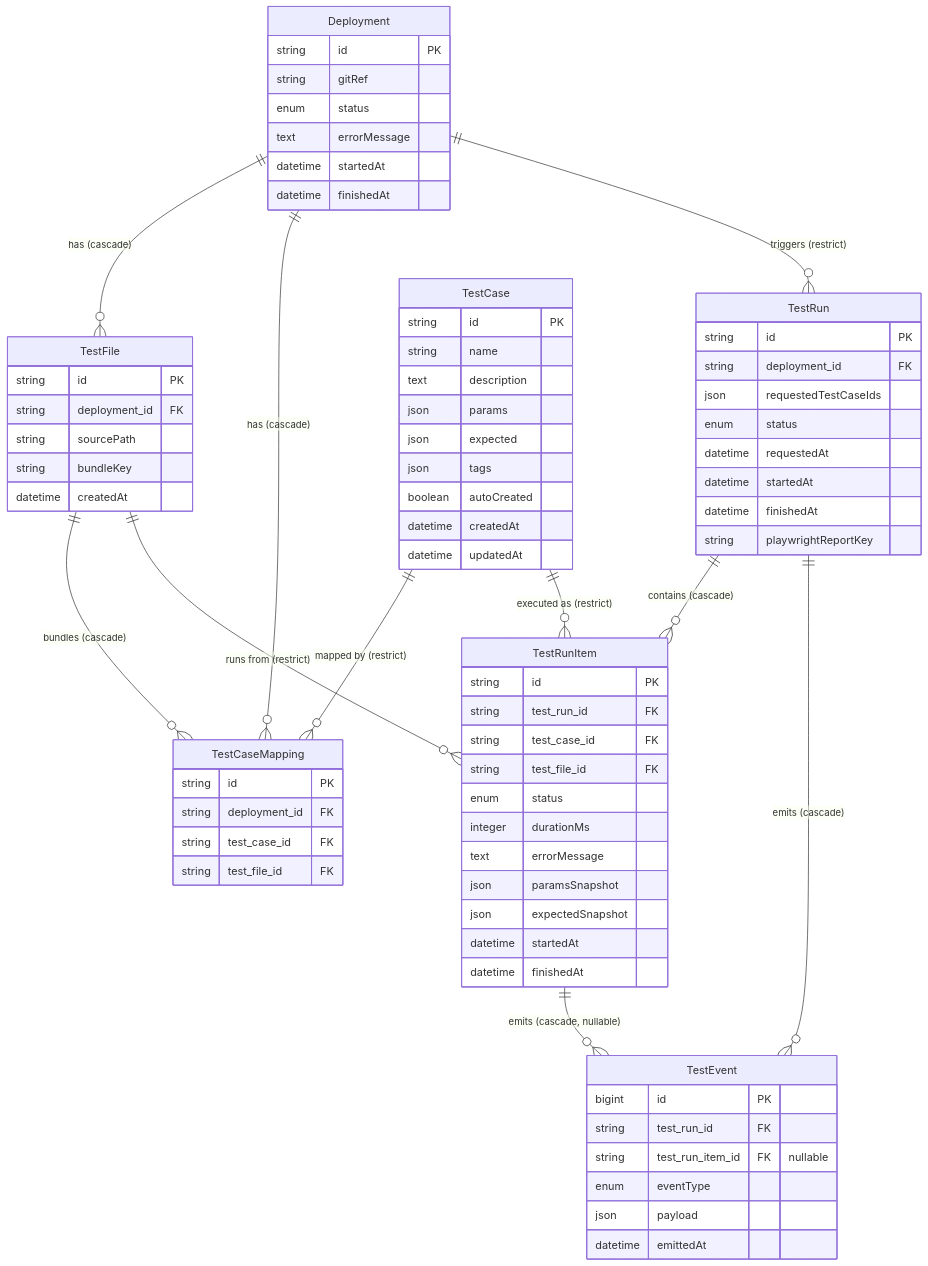
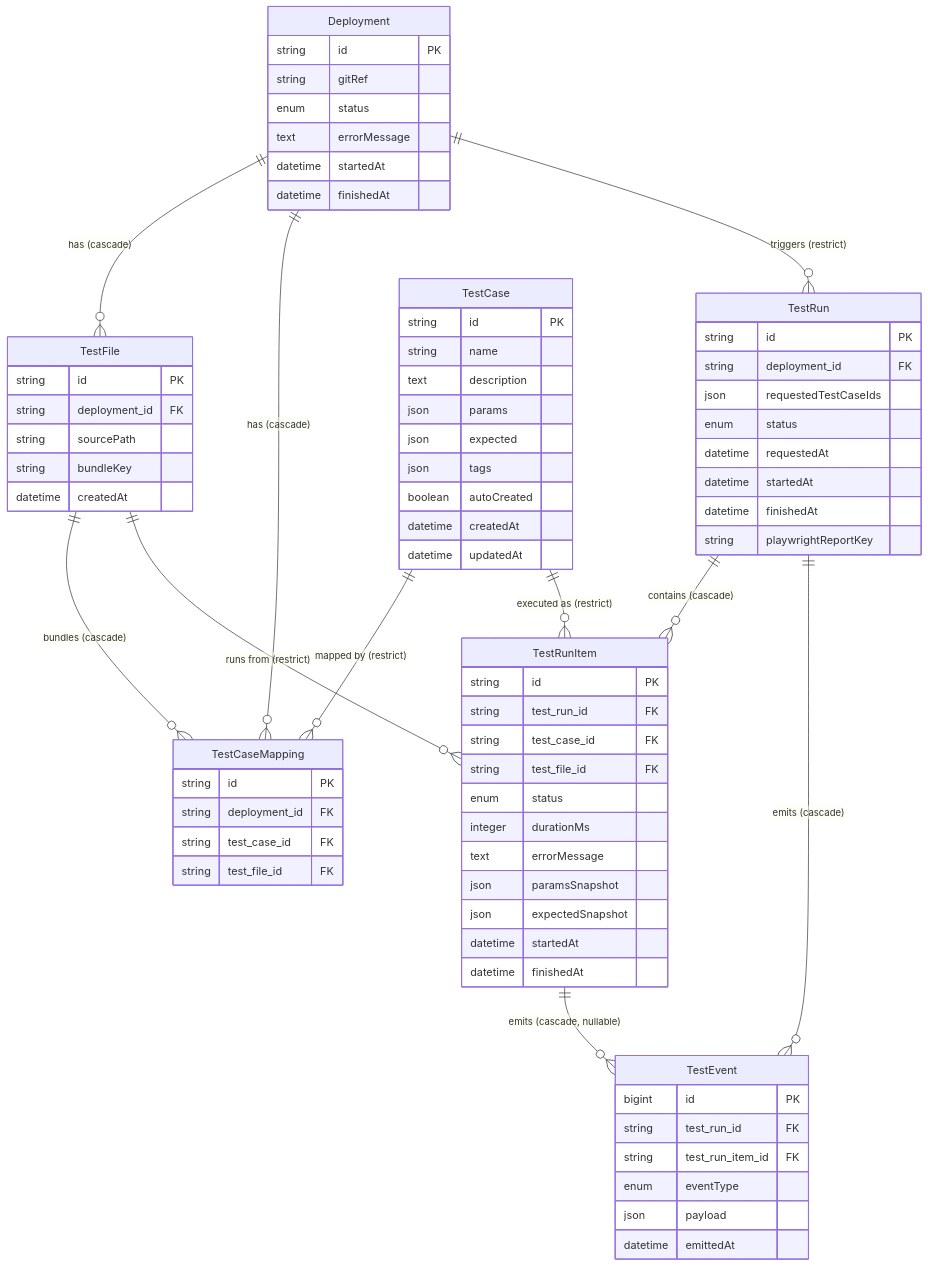
The diagram in packages/admin-server/README.md (JadenKim-dev/playwright_platform), drawn with Mermaid before and after one commit. The commit also changed 3 other files, not shown here.

First line of the commit message:
refactor(admin-server): make TestEvent.test_run_item_id non-null

```diff
--- a/packages/admin-server/README.md
+++ b/packages/admin-server/README.md
@@ -94,7 +94,7 @@
     TestEvent {
         bigint   id PK
         string   test_run_id FK
-        string   test_run_item_id FK "nullable"
+        string   test_run_item_id FK
         enum     eventType
         json     payload
         datetime emittedAt
```
